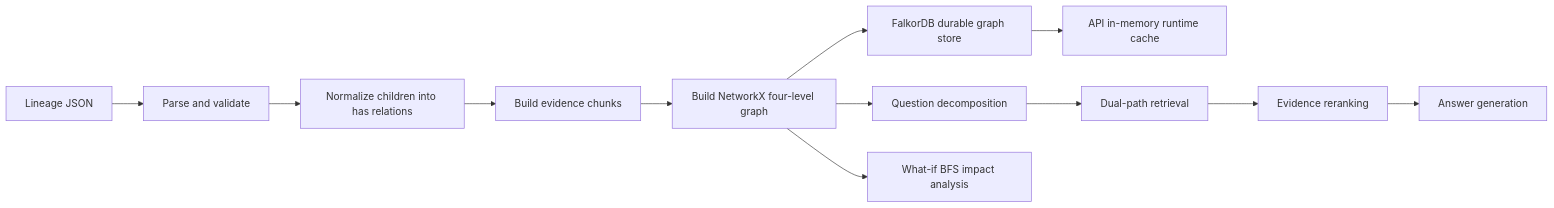
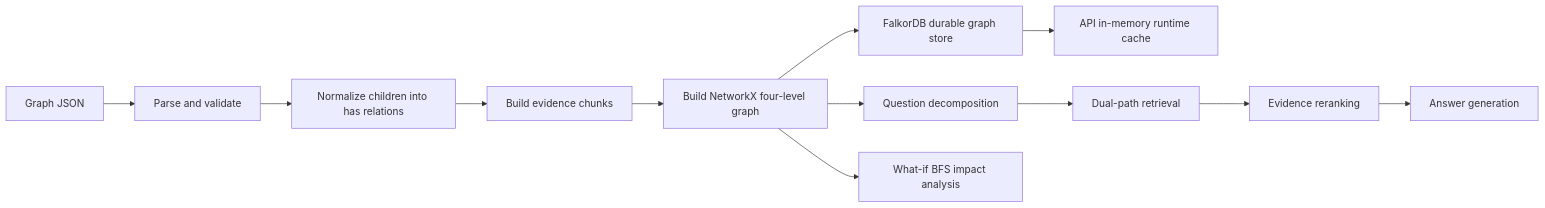
One commit to AI-Explorer-Lab/GraphRAG changed the diagram in README.md. Above: the diagram before and after it, drawn with Mermaid. The commit also changed other lines of this file and 128 other files, not shown here.

````diff
--- a/README.md
+++ b/README.md
@@ -23,14 +23,14 @@
 ```mermaid
 flowchart LR
-  A["Lineage JSON"] --> B["Parse and validate"]
+  A["Graph JSON"] --> B["Parse and validate"]
   B --> C["Normalize children into has relations"]
   C --> D["Build evidence chunks"]
   D --> E["Build NetworkX four-level graph"]
   E --> F["FalkorDB durable graph store"]
   F --> G["API in-memory runtime cache"]
   E --> H["Question decomposition"]
   H --> I["Dual-path retrieval"]
   I --> J["Evidence reranking"]
   J --> K["Answer generation"]
   E --> L["What-if BFS impact analysis"]
 ```
````
